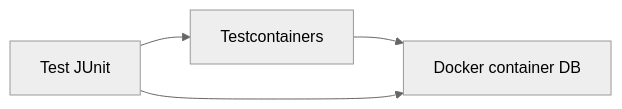
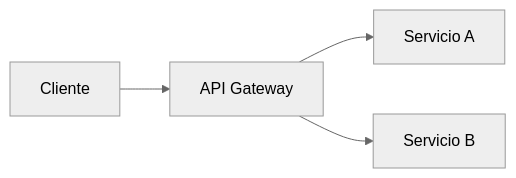
Before and after one commit to NICORUIZ93/The_Imperial_Book: the diagram in web/public/content/microservices/modulo-7.md, drawn with Mermaid (neutral theme). The commit also changed other lines of this file and 67 other files, not shown here.

````diff
--- a/web/public/content/microservices/modulo-7.md
+++ b/web/public/content/microservices/modulo-7.md
@@ -44,6 +29,6 @@
 ```mermaid
 flowchart LR
-  T[Test JUnit] --> TC[Testcontainers]
-  TC --> D[Docker container DB]
-  T --> D
+  C[Cliente] --> G[API Gateway]
+  G --> A[Servicio A]
+  G --> B[Servicio B]
 ```
````
